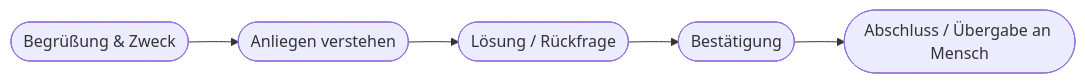
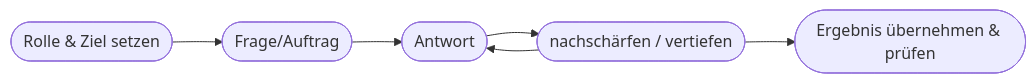
One commit to Qualidy/Prompt-Engineering-KI-in-der-Arbeitswelt changed the diagram in docs/content/kapitel18.md. Above: the diagram before and after it, drawn with Mermaid. The commit also changed other lines of this file and 80 other files, not shown here.

````diff
--- a/docs/content/kapitel18.md
+++ b/docs/content/kapitel18.md
@@ -31,7 +38,6 @@
 ```mermaid
 flowchart LR
-    A([Begrüßung & Zweck]) --> B([Anliegen verstehen])
-    B --> C([Lösung / Rückfrage])
-    C --> D([Bestätigung])
-    D --> E([Abschluss / Übergabe an Mensch])
+    A([Rolle & Ziel setzen]) --> B([Frage/Auftrag]) --> C([Antwort])
+    C --> D([nachschärfen / vertiefen]) --> C
+    D --> E([Ergebnis übernehmen & prüfen])
 ```
````
